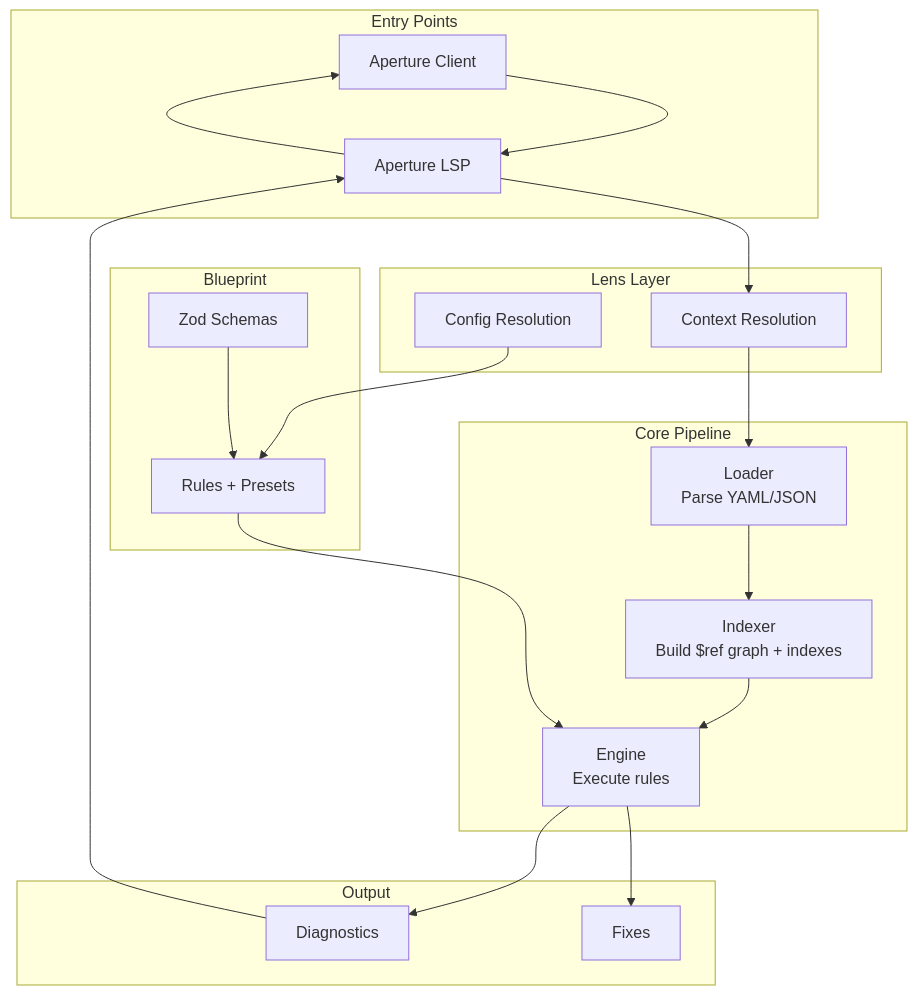
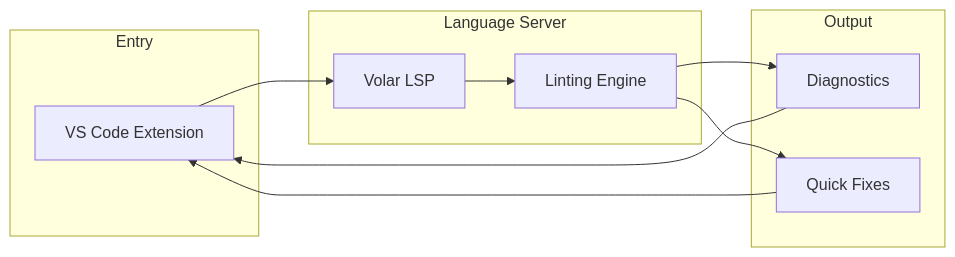
The diagram in README.md (sailpoint-oss/telescope), drawn with Mermaid before and after one commit. The commit also changed other lines of this file and 656 other files, not shown here.

````diff
--- a/README.md
+++ b/README.md
@@ -25,41 +93,19 @@
 ```mermaid
-flowchart TB
-    subgraph Entry["Entry Points"]
-        ApertureClient[Aperture Client]
-        ApertureLSP[Aperture LSP]
+flowchart LR
+    subgraph Entry["Entry"]
+        Client[VS Code Extension]
     end
-
-    subgraph Lens["Lens Layer"]
-        Config[Config Resolution]
-        Context[Context Resolution]
+    
+    subgraph Server["Language Server"]
+        LSP[Volar LSP]
+        Engine[Linting Engine]
     end
-
-    subgraph Core["Core Pipeline"]
-        Loader[Loader<br/>Parse YAML/JSON]
-        Indexer[Indexer<br/>Build $ref graph + indexes]
-        Engine[Engine<br/>Execute rules]
+    
+    subgraph Output["Output"]
+        Diag[Diagnostics]
+        Fixes[Quick Fixes]
     end
-
-    subgraph Blueprint["Blueprint"]
-        Rules[Rules + Presets]
-        Schemas[Zod Schemas]
-    end
-
-    subgraph Output["Output"]
-        Diagnostics[Diagnostics]
-        Fixes[Fixes]
-    end
-
-    ApertureClient --> ApertureLSP
-    ApertureLSP --> Context
-    Config --> Rules
-    Context --> Loader
-    Loader --> Indexer
-    Indexer --> Engine
-    Rules --> Engine
-    Schemas --> Rules
-    Engine --> Diagnostics
-    Engine --> Fixes
-    Diagnostics --> ApertureLSP
-    ApertureLSP --> ApertureClient
+    
+    Client --> LSP --> Engine --> Diag --> Client
+    Engine --> Fixes --> Client
 ```
````
